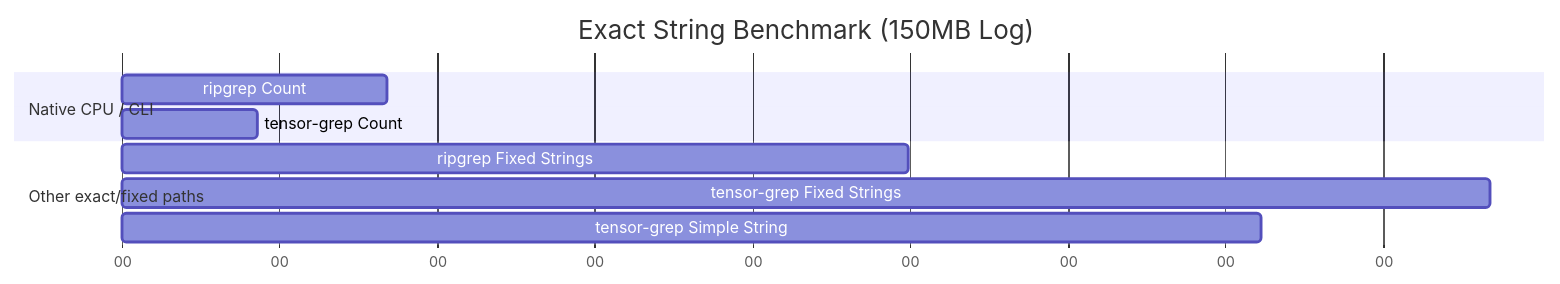
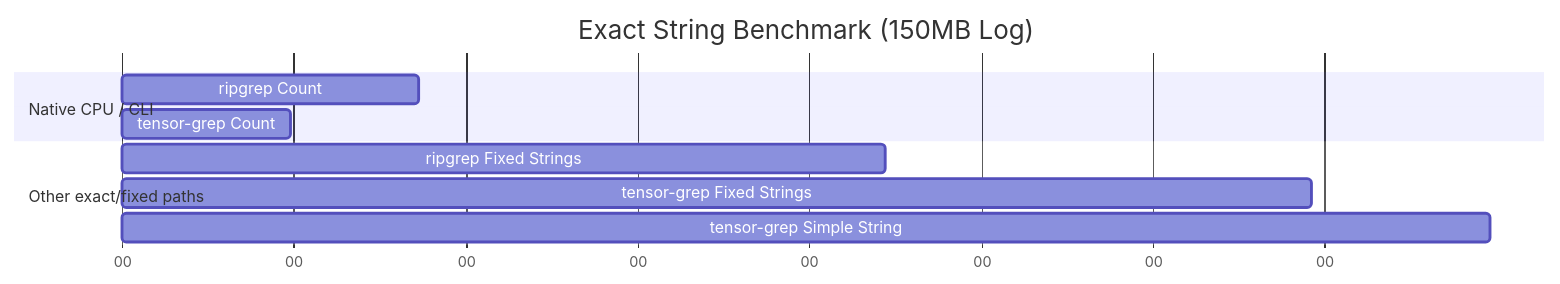
One commit to oimiragieo/tensor-grep changed the third of 3 diagrams in docs/PAPER.md. Above: the diagram before and after it, drawn with Mermaid. The commit also changed other lines of this file and 1 other file, not shown here.

````diff
--- a/docs/PAPER.md
+++ b/docs/PAPER.md
@@ -127,15 +127,15 @@
 ```mermaid
 gantt
     title Exact String Benchmark (150MB Log)
     dateFormat  s
     axisFormat %S
     
     section Native CPU / CLI
-    ripgrep Count              :a1, 0, 0.168s
-    tensor-grep Count          :a2, 0, 0.086s
+    ripgrep Count              :a1, 0, 0.173s
+    tensor-grep Count          :a2, 0, 0.098s
     
     section Other exact/fixed paths
-    ripgrep Fixed Strings      :a3, 0, 0.499s
-    tensor-grep Fixed Strings  :a4, 0, 0.868s
-    tensor-grep Simple String  :a5, 0, 0.723s
+    ripgrep Fixed Strings      :a3, 0, 0.444s
+    tensor-grep Fixed Strings  :a4, 0, 0.692s
+    tensor-grep Simple String  :a5, 0, 0.796s
 ```
````
